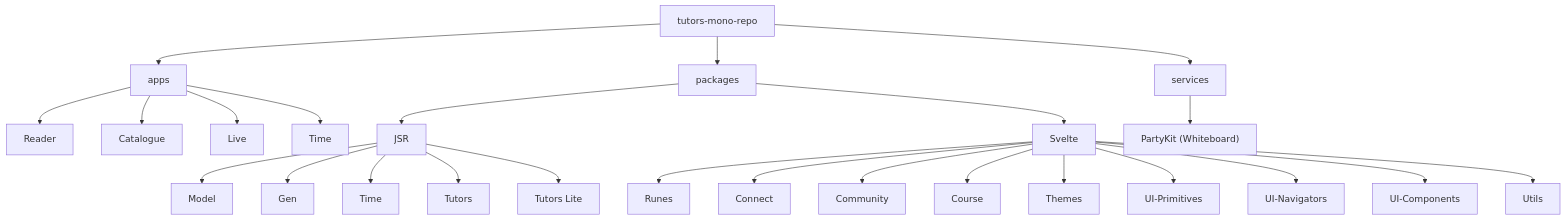
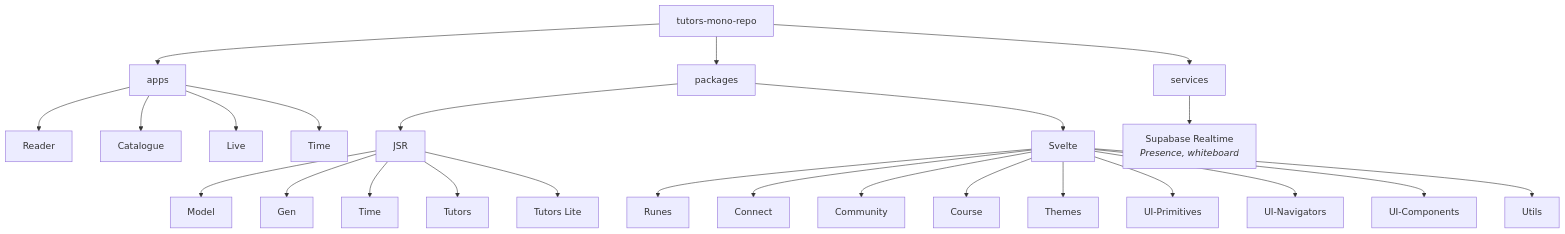
One commit to tutors-sdk/tutors-reference-manual changed the first of 14 diagrams in unit-4-dev/note-architecture/note-architecture.md. Above: the diagram before and after it, drawn with Mermaid. The commit also changed other lines of this file and 2 other files, not shown here.

First line of the commit message:
docs: add a Whiteboards page and correct the PartyKit references

````diff
--- a/unit-4-dev/note-architecture/note-architecture.md
+++ b/unit-4-dev/note-architecture/note-architecture.md
@@ -48,34 +48,34 @@
 ```mermaid
 graph TD
   root["tutors-mono-repo"]
 
   root --> apps
   root --> packages
   root --> services
 
   apps --> reader["Reader"]
   apps --> catalogue["Catalogue"]
   apps --> live["Live"]
   apps --> time_app["Time"]
 
   packages --> jsr["JSR"]
   packages --> svelte["Svelte"]
 
   jsr --> model["Model"]
   jsr --> gen["Gen"]
   jsr --> time["Time"]
   jsr --> tutors_cli["Tutors"]
   jsr --> tutors_lite["Tutors Lite"]
 
   svelte --> runes["Runes"]
   svelte --> connect["Connect"]
   svelte --> community["Community"]
   svelte --> course["Course"]
   svelte --> themes["Themes"]
   svelte --> ui_prim["UI-Primitives"]
   svelte --> ui_nav["UI-Navigators"]
   svelte --> ui_comp["UI-Components"]
   svelte --> utils["Utils"]
 
-  services --> partykit["PartyKit (Whiteboard)"]
+  services --> realtime["Supabase Realtime<br/><i>Presence, whiteboard</i>"]
 ```
````
